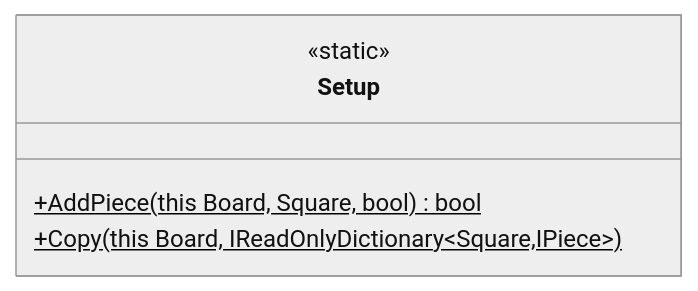
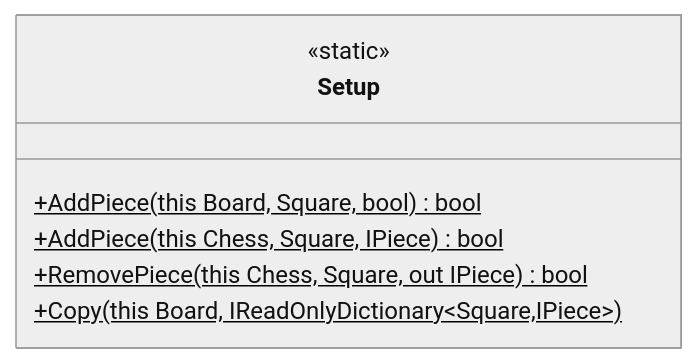
One commit to JeanLColombo/Mate changed the sixth of 9 diagrams in UML Diagram/Core/Extensions.md. Above: the diagram before and after it, drawn with Mermaid (neutral theme). The commit also changed other lines of this file and 8 other files, not shown here.

````diff
--- a/UML Diagram/Core/Extensions.md
+++ b/UML Diagram/Core/Extensions.md
@@ -29,8 +65,10 @@
 ```mermaid
     classDiagram
     class Setup{
         <<static>>
         +AddPiece(this Board, Square, bool)$ bool
+        +AddPiece(this Chess, Square, IPiece)$ bool
+        +RemovePiece(this Chess, Square, out IPiece)$ bool
         +Copy(this Board, IReadOnlyDictionary~Square,IPiece~)$
     }
 ```
````
